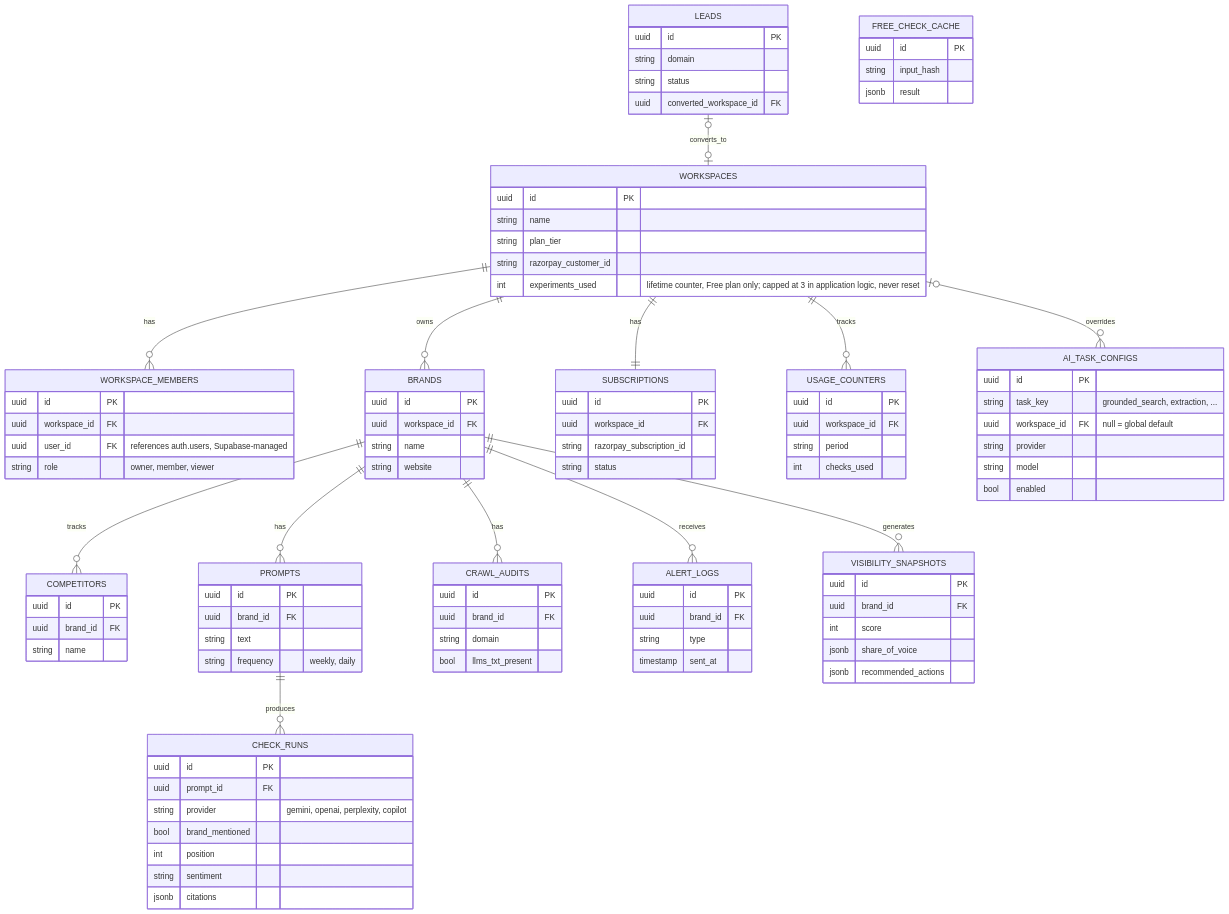
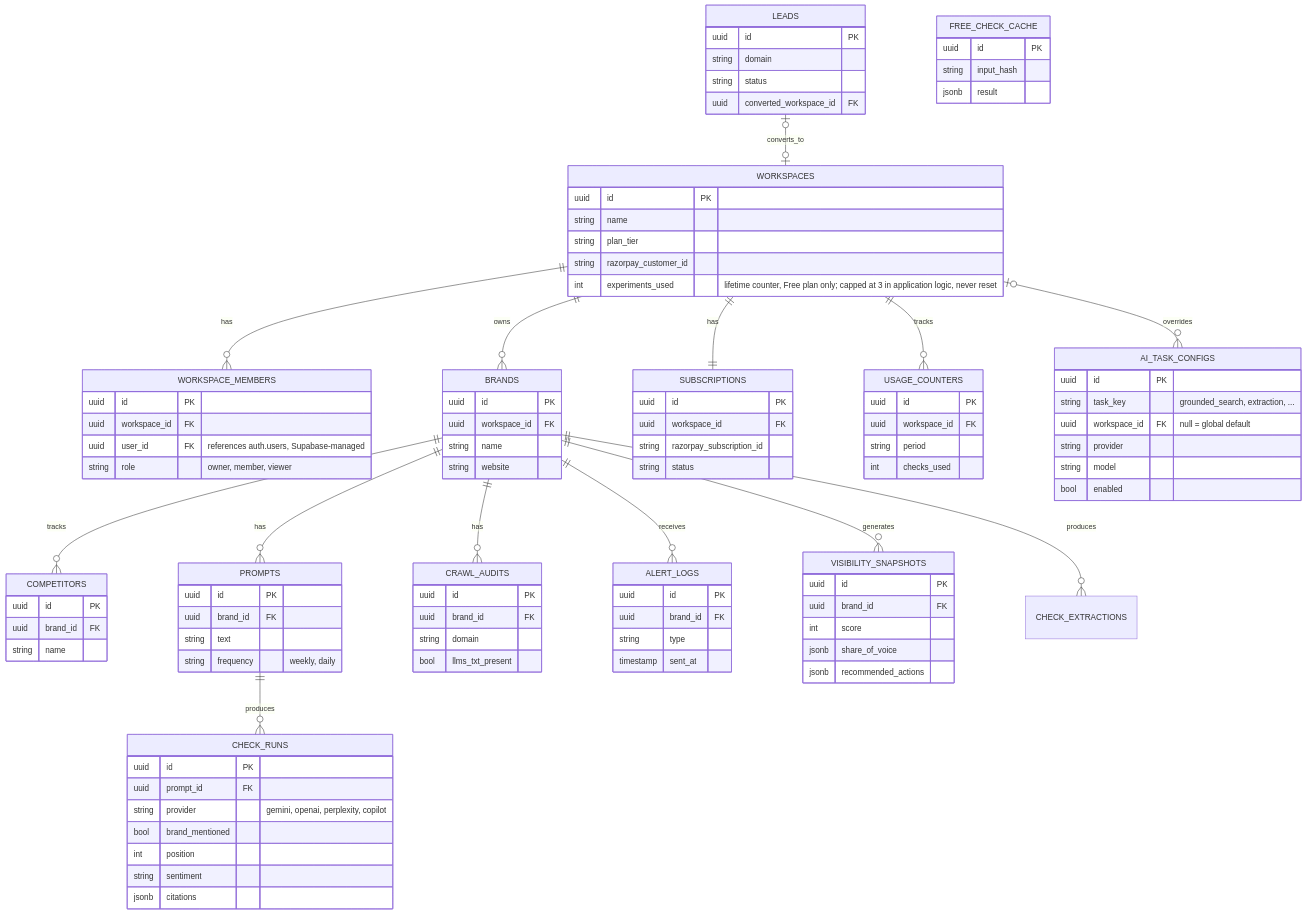
The diagram in docs/architecture/entity-relationship-diagram.md (itssadnan/AEO), drawn with Mermaid before and after one commit. The commit also changed other lines of this file and 13 other files, not shown here.

```diff
--- a/docs/architecture/entity-relationship-diagram.md
+++ b/docs/architecture/entity-relationship-diagram.md
@@ -15,6 +15,7 @@
   BRANDS ||--o{ CRAWL_AUDITS : has
   BRANDS ||--o{ ALERT_LOGS : receives
   BRANDS ||--o{ VISIBILITY_SNAPSHOTS : generates
+  BRANDS ||--o{ CHECK_EXTRACTIONS : produces
   PROMPTS ||--o{ CHECK_RUNS : produces
   LEADS |o--o| WORKSPACES : converts_to
   WORKSPACES |o--o{ AI_TASK_CONFIGS : overrides
```
